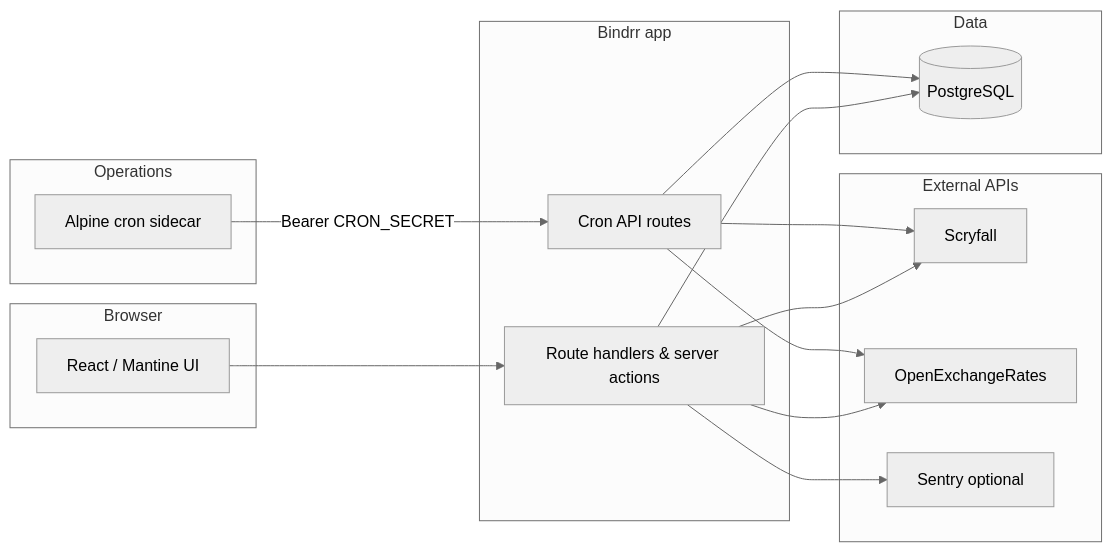
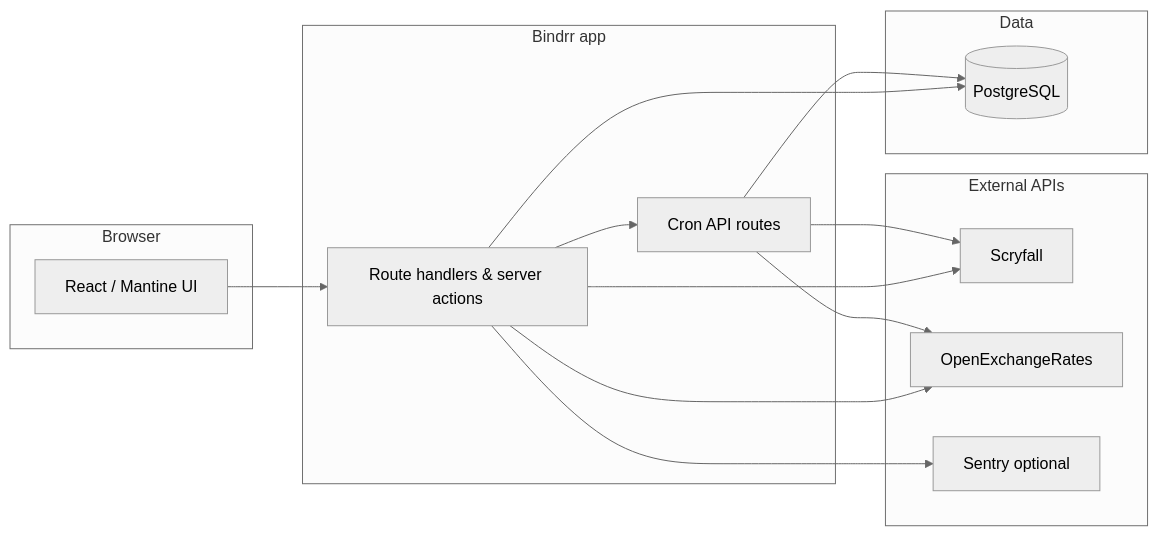
The diagram in docs/architecture.md (zendamacf/bindrr), drawn with Mermaid (neutral theme) before and after one commit. The commit also changed other lines of this file and 19 other files, not shown here.

````diff
--- a/docs/architecture.md
+++ b/docs/architecture.md
@@ -7,35 +7,31 @@
 ```mermaid
 flowchart LR
   subgraph client [Browser]
     UI[React / Mantine UI]
   end
 
   subgraph bindrr [Bindrr app]
     API[Route handlers & server actions]
     Jobs[Cron API routes]
   end
 
   subgraph data [Data]
     PG[(PostgreSQL)]
   end
 
   subgraph external [External APIs]
     SF[Scryfall]
     OXR[OpenExchangeRates]
     Sentry[Sentry optional]
   end
 
-  subgraph ops [Operations]
-    CronSidecar[Alpine cron sidecar]
-  end
-
   UI --> API
   API --> PG
   API --> SF
   API --> OXR
   API --> Sentry
-  CronSidecar -->|Bearer CRON_SECRET| Jobs
+  API --> Jobs
   Jobs --> PG
   Jobs --> SF
   Jobs --> OXR
 ```
````
